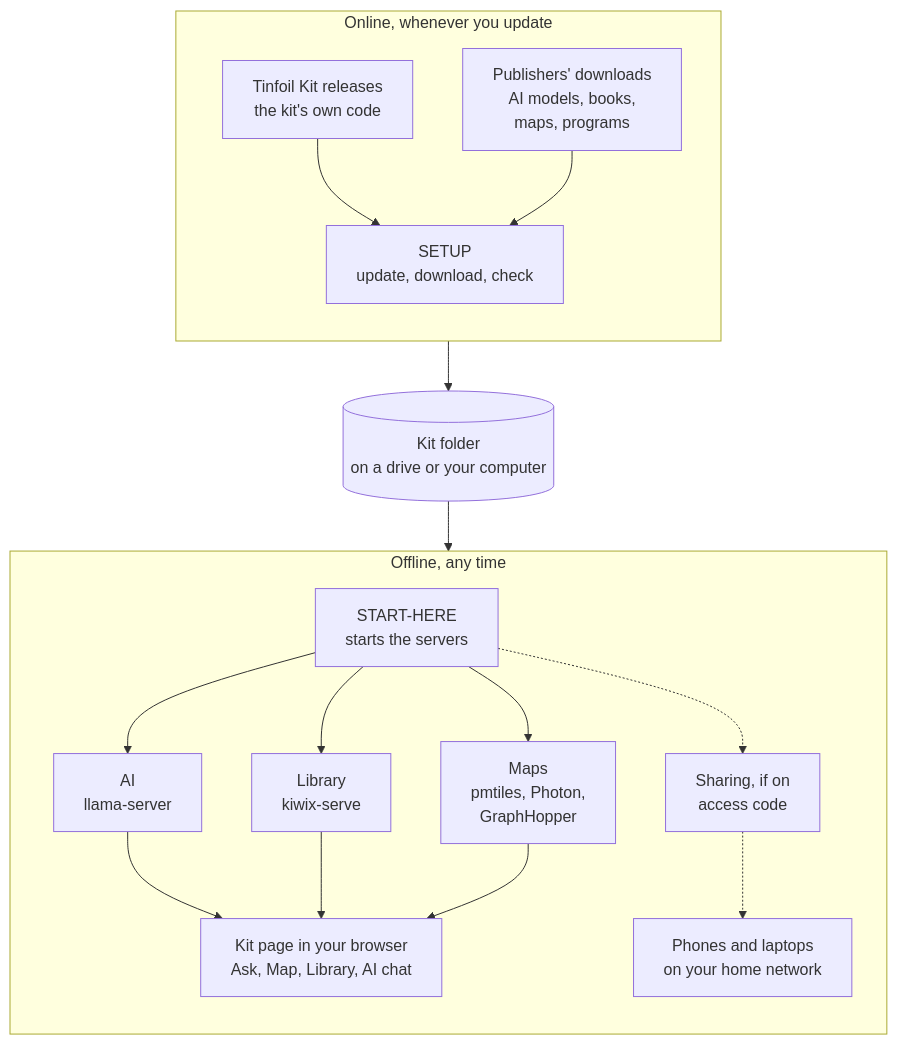
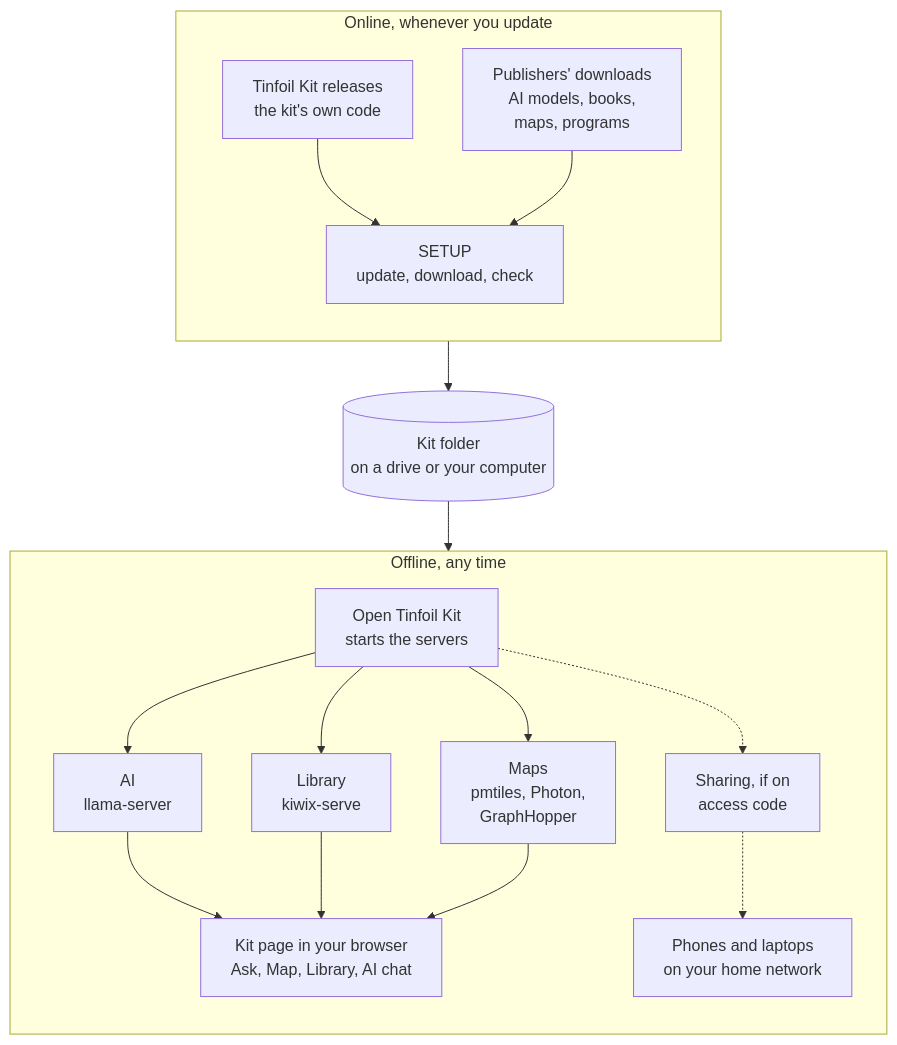
One commit to tudor-city-ventures/tinfoil-kit changed the diagram in README.md. Above: the diagram before and after it, drawn with Mermaid. The commit also changed other lines of this file and 24 other files, not shown here.

First line of the commit message:
Rename START-HERE to Open Tinfoil Kit; releases carry a download for each computer

````diff
--- a/README.md
+++ b/README.md
@@ -19,25 +19,25 @@
 ```mermaid
 %%{init: {"flowchart": {"wrappingWidth": 300}}}%%
 flowchart TB
   subgraph online["Online, whenever you update"]
     direction TB
     releases["Tinfoil Kit releases<br/>the kit's own code"] --> setup
     publishers["Publishers' downloads<br/>AI models, books,<br/>maps, programs"] --> setup
     setup["SETUP<br/>update, download, check"]
   end
   folder[("Kit folder<br/>on a drive or your computer")]
   subgraph offline["Offline, any time"]
     direction TB
-    start["START-HERE<br/>starts the servers"]
+    start["Open Tinfoil Kit<br/>starts the servers"]
     start --> ai["AI<br/>llama-server"]
     start --> library["Library<br/>kiwix-serve"]
     start --> maps["Maps<br/>pmtiles, Photon,<br/>GraphHopper"]
     ai --> page
     library --> page
     maps --> page
     page["Kit page in your browser<br/>Ask, Map, Library, AI chat"]
     start -.-> gate["Sharing, if on<br/>access code"]
     gate -.-> phones["Phones and laptops<br/>on your home network"]
   end
   online --> folder --> offline
 ```
````
